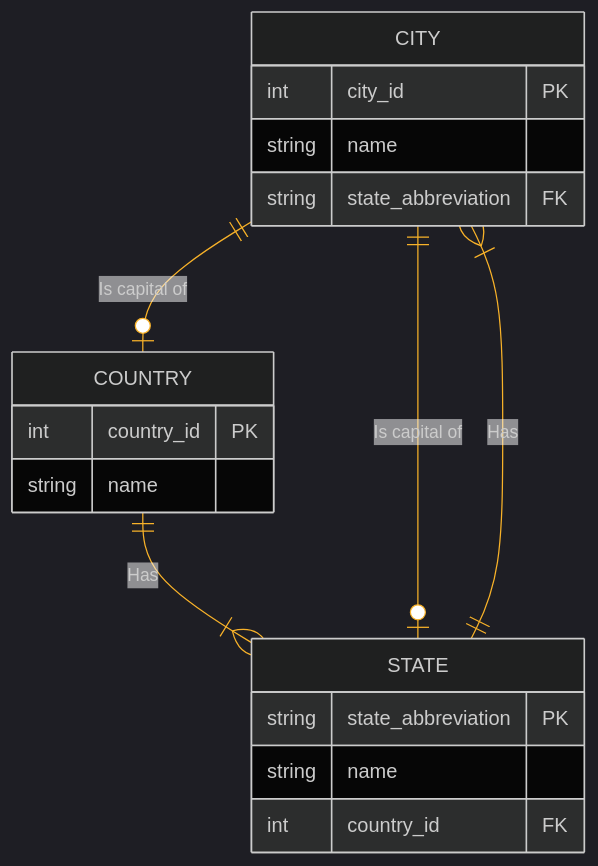
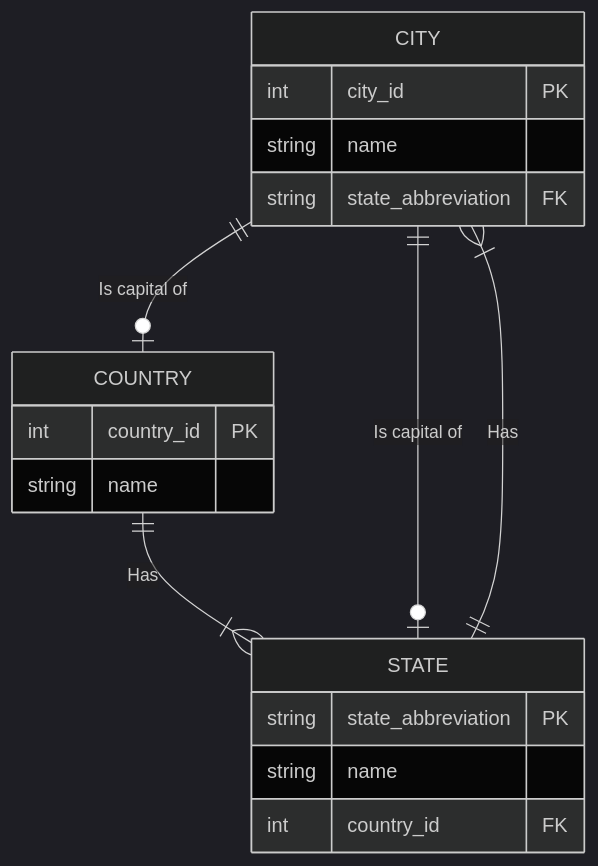
One commit to Nil-AV/Obsidian_Brain changed the diagram in 2 Моделирование/ERD/1.2. ERD.md. Above: the diagram before and after it, drawn with Mermaid. The commit also changed 1 other file, not shown here.

Commit message:
vault backup: 2024-11-09 22:56:41

````diff
--- a/2 Моделирование/ERD/1.2. ERD.md
+++ b/2 Моделирование/ERD/1.2. ERD.md
@@ -4,23 +4,23 @@
 ```mermaid
-%%{ init: { 'theme': 'dark', 'themeVariables': { 'primaryColor': '#BB2528', 'primaryTextColor': '#fff', 'primaryBorderColor': '#7C0000', 'lineColor': '#F8B229', 'secondaryColor': '#006100', 'tertiaryColor': '#fff' } } }%%
+%%{init:{'theme':'dark'}}%%
 
 erDiagram
     CITY {
         int city_id PK
         string name
         string state_abbreviation FK
     }
     STATE {
         string state_abbreviation PK
         string name
         int country_id FK
     }
     COUNTRY {
         int country_id PK
         string name
     }
     COUNTRY ||--|{ STATE : "Has"
     STATE ||--|{ CITY : "Has"
     CITY ||--o| STATE : "Is capital of"
     CITY ||--o| COUNTRY : "Is capital of"
 ```
````
